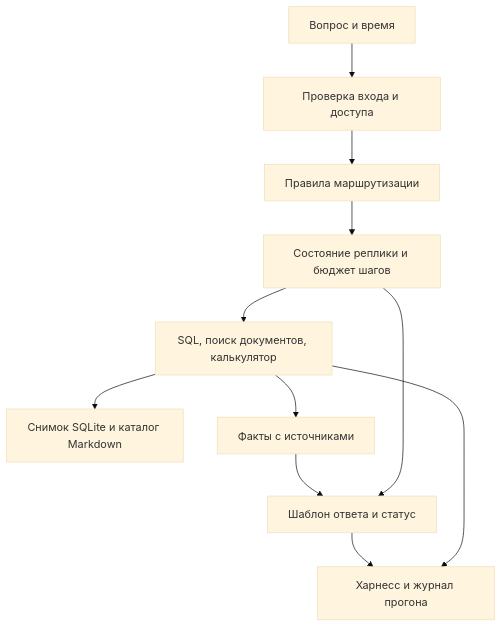
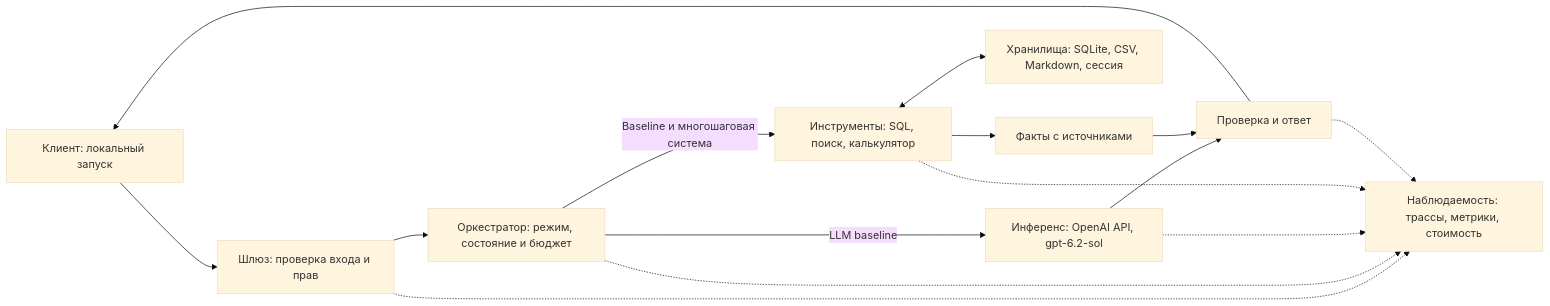
Before and after one commit to fizuli-ragimov/LLM-project-2026-2027: the diagram in design-doc.md, drawn with Mermaid (base theme). The commit also changed other lines of this file and 3 other files, not shown here.

````diff
--- a/design-doc.md
+++ b/design-doc.md
@@ -213,13 +213,17 @@
 ```mermaid
-flowchart TD
-    U["Вопрос и время"] --> G["Проверка входа и доступа"]
-    G --> O["Правила маршрутизации"]
-    O --> W["Состояние реплики и бюджет шагов"]
-    W --> T["SQL, поиск документов, калькулятор"]
-    T --> D["Снимок SQLite и каталог Markdown"]
+flowchart LR
+    C["Клиент: локальный запуск"] --> G["Шлюз: проверка входа и прав"]
+    G --> O["Оркестратор: режим, состояние и бюджет"]
+    O -->|LLM baseline| I["Инференс: OpenAI API, gpt-6.2-sol"]
+    O -->|Baseline и многошаговая система| T["Инструменты: SQL, поиск, калькулятор"]
+    T <--> S["Хранилища: SQLite, CSV, Markdown, сессия"]
+    I --> A["Проверка и ответ"]
     T --> F["Факты с источниками"]
-    F --> A["Шаблон ответа и статус"]
-    W --> A
-    A --> H["Харнесс и журнал прогона"]
-    T --> H
+    F --> A
+    A --> C
+    G -.-> N["Наблюдаемость: трассы, метрики, стоимость"]
+    O -.-> N
+    I -.-> N
+    T -.-> N
+    A -.-> N
 ```
````
